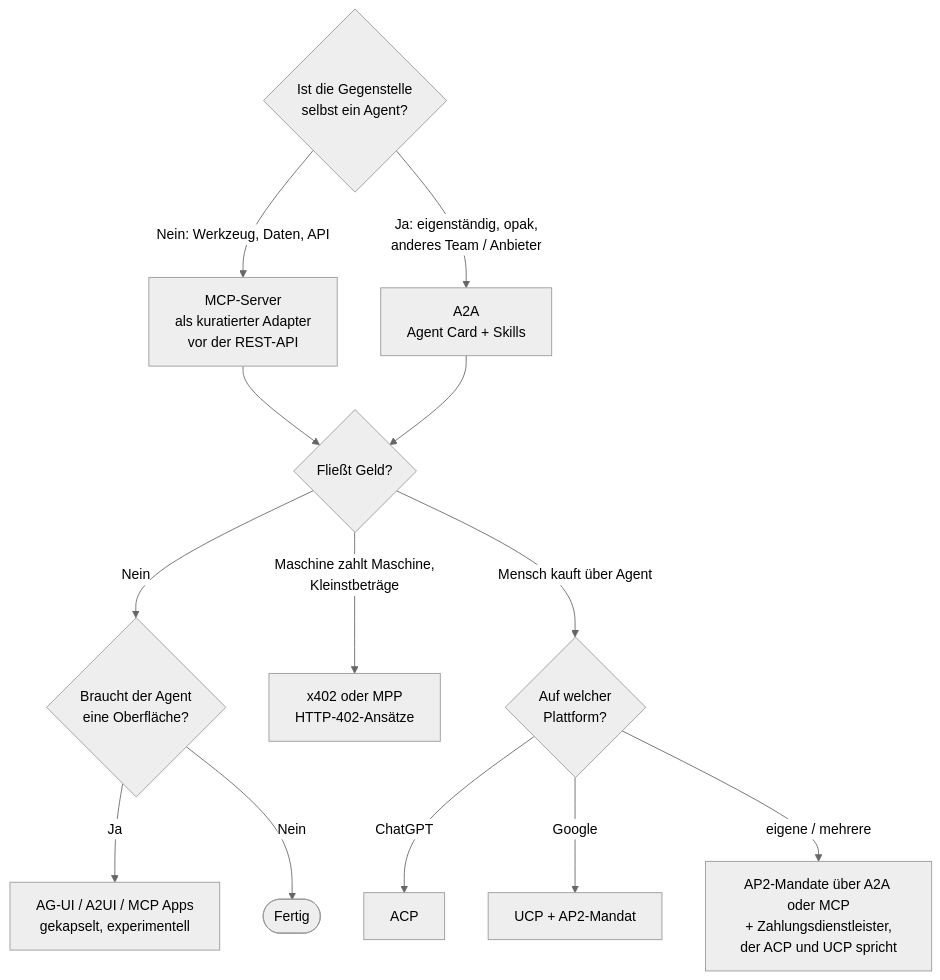
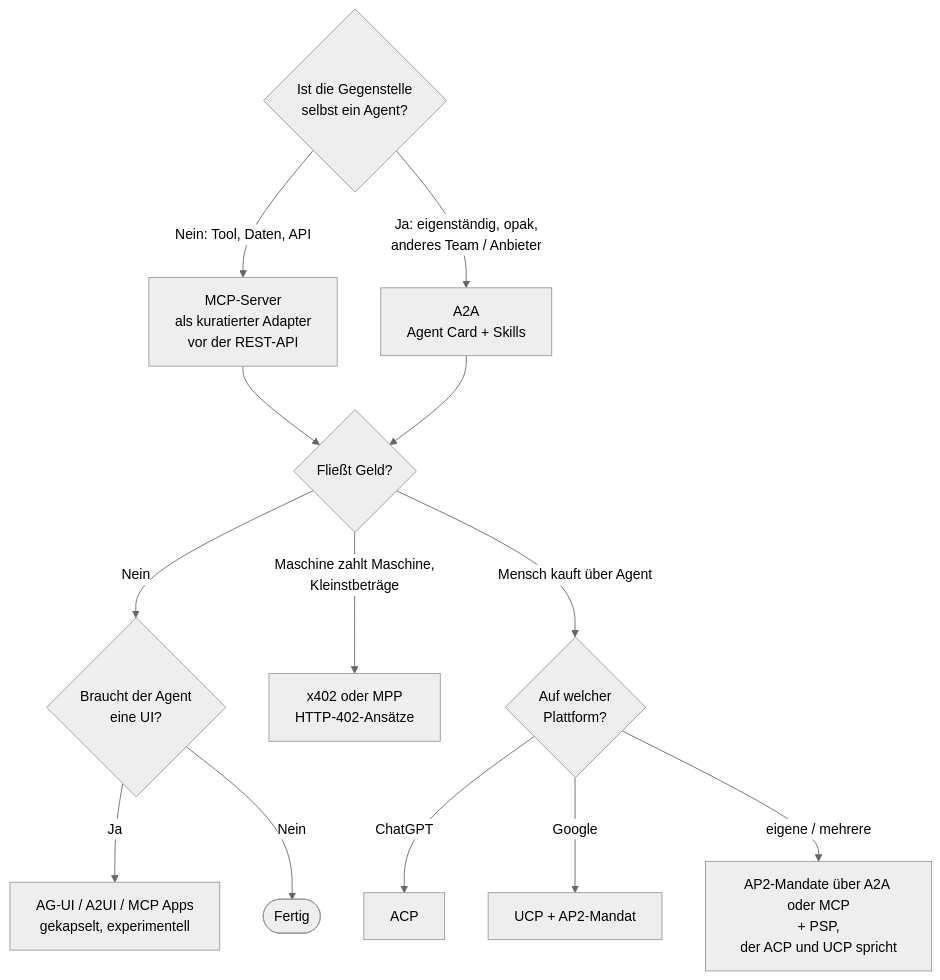
Before and after one commit to org-felix-paul/felix-paul-website: diagram 13 of 13 in src/blog/content/posts/agentic-protocols-compared.md, drawn with Mermaid (neutral theme). The commit also changed other lines of this file, not shown here.

````diff
--- a/src/blog/content/posts/agentic-protocols-compared.md
+++ b/src/blog/content/posts/agentic-protocols-compared.md
@@ -814,16 +814,16 @@
 ```mermaid
 flowchart TD
     Q7{Ist die Gegenstelle<br/>selbst ein Agent?}
-    Q7 -- "Nein: Werkzeug, Daten, API" --> MCP[MCP-Server<br/>als kuratierter Adapter<br/>vor der REST-API]
+    Q7 -- "Nein: Tool, Daten, API" --> MCP[MCP-Server<br/>als kuratierter Adapter<br/>vor der REST-API]
     Q7 -- "Ja: eigenständig, opak,<br/>anderes Team / Anbieter" --> A2A[A2A<br/>Agent Card + Skills]
     MCP --> Q8{Fließt Geld?}
     A2A --> Q8
-    Q8 -- Nein --> Q9{Braucht der Agent<br/>eine Oberfläche?}
+    Q8 -- Nein --> Q9{Braucht der Agent<br/>eine UI?}
     Q9 -- Ja --> UI[AG-UI / A2UI / MCP Apps<br/>gekapselt, experimentell]
     Q9 -- Nein --> FERTIG([Fertig])
     Q8 -- "Maschine zahlt Maschine,<br/>Kleinstbeträge" --> X402[x402 oder MPP<br/>HTTP-402-Ansätze]
     Q8 -- "Mensch kauft über Agent" --> Q10{Auf welcher<br/>Plattform?}
     Q10 -- ChatGPT --> ACP[ACP]
     Q10 -- Google --> UCP[UCP + AP2-Mandat]
-    Q10 -- "eigene / mehrere" --> AP2[AP2-Mandate über A2A oder MCP<br/>+ Zahlungsdienstleister,<br/>der ACP und UCP spricht]
+    Q10 -- "eigene / mehrere" --> AP2[AP2-Mandate über A2A oder MCP<br/>+ PSP,<br/>der ACP und UCP spricht]
 ```
````
